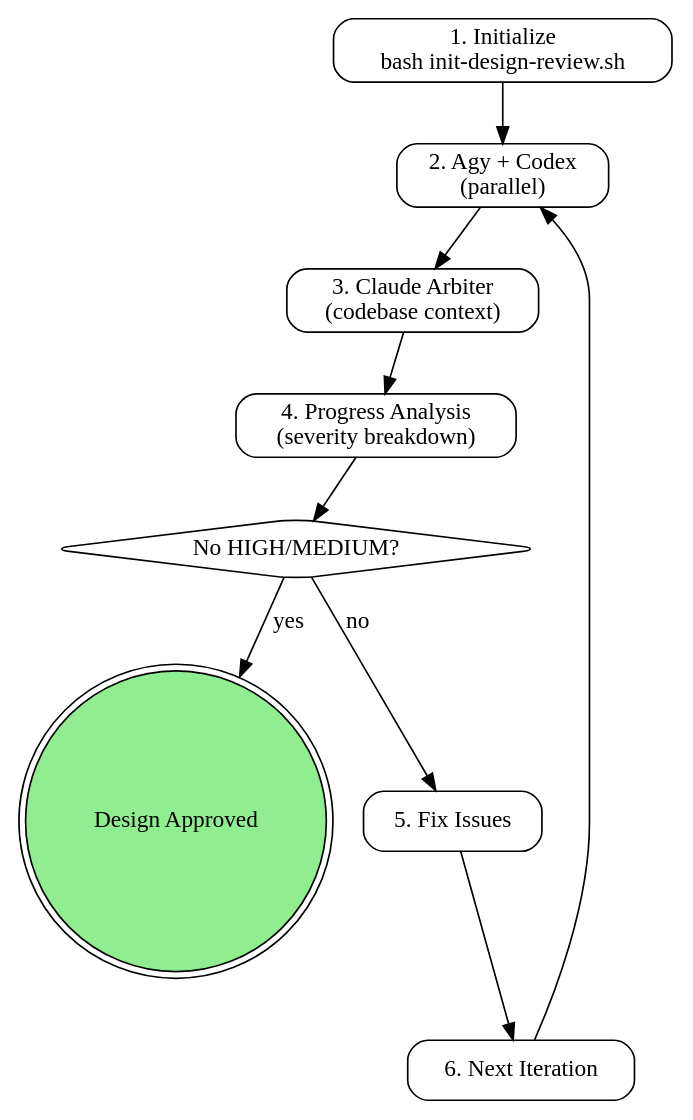
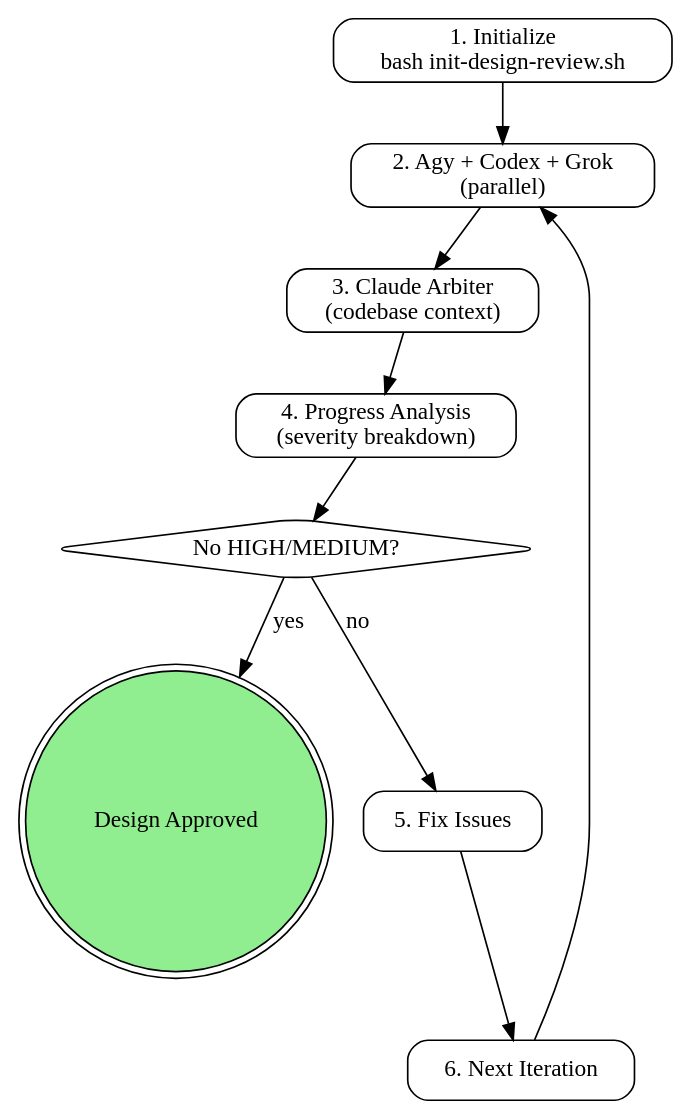
One commit to chris-yyau/busdriver changed the diagram in skills/blueprint-review/SKILL.md. Above: the diagram before and after it, drawn with Graphviz. The commit also changed other lines of this file and 6 other files, not shown here.

````diff
--- a/skills/blueprint-review/SKILL.md
+++ b/skills/blueprint-review/SKILL.md
@@ -101,24 +106,24 @@
 ```dot
 digraph review {
     rankdir=TB;
     node [shape=box, style=rounded];
 
     init [label="1. Initialize\nbash init-design-review.sh"];
-    parallel [label="2. Agy + Codex\n(parallel)"];
+    parallel [label="2. Agy + Codex + Grok\n(parallel)"];
     claude [label="3. Claude Arbiter\n(codebase context)"];
     progress [label="4. Progress Analysis\n(severity breakdown)"];
     converged [label="No HIGH/MEDIUM?" shape=diamond];
     done [label="Design Approved" shape=doublecircle style=filled fillcolor=lightgreen];
     fix [label="5. Fix Issues"];
     iterate [label="6. Next Iteration"];
 
     init -> parallel;
     parallel -> claude;
     claude -> progress;
     progress -> converged;
     converged -> done [label="yes"];
     converged -> fix [label="no"];
     fix -> iterate;
     iterate -> parallel;
 }
 ```
````
